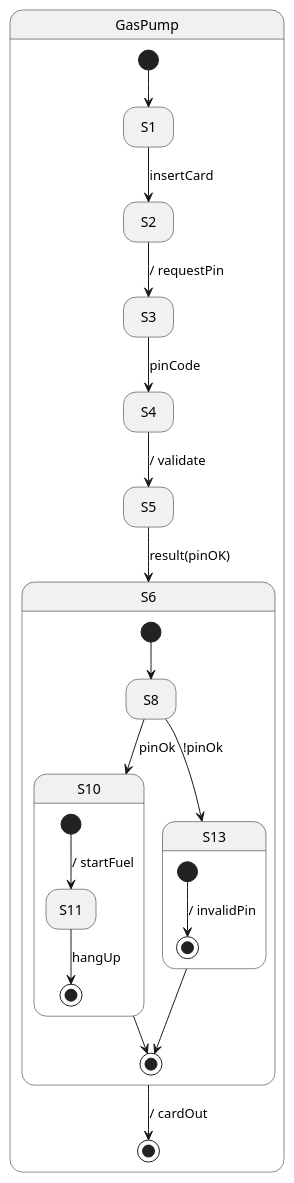
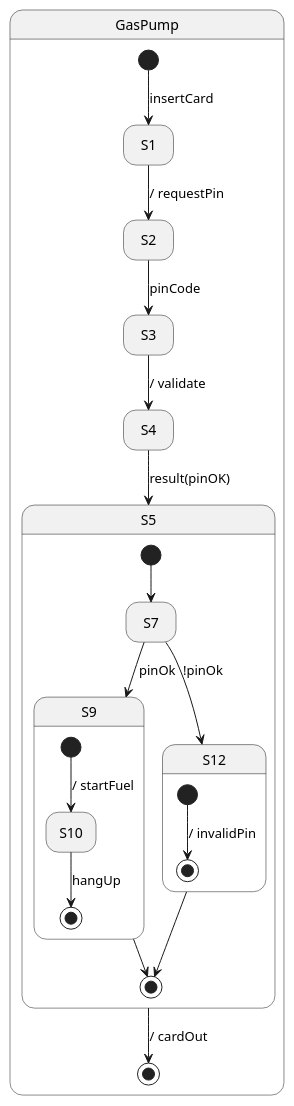
Before and after one commit to lkdev97/swtp_impl: the diagram in swtp2/test.plantuml, drawn with PlantUML. The commit also changed 1 other file, not shown here.

```diff
--- a/swtp2/test.plantuml
+++ b/swtp2/test.plantuml
@@ -1,26 +1,25 @@
 @startuml
 hide empty description
 state GasPump {
-[*] --> S1
-S1 --> S2: insertCard
-S2 --> S3: / requestPin
-S3 --> S4: pinCode
-S4 --> S5: / validate
-S5 --> S6: result(pinOK)
-state S6 {
-[*] --> S8
-S8 --> S10: pinOk
-state S10 {
-[*] --> S11: / startFuel
-S11 --> [*]: hangUp
+[*] --> S1: insertCard
+S1 --> S2: / requestPin
+S2 --> S3: pinCode
+S3 --> S4: / validate
+S4 --> S5: result(pinOK)
+state S5 {
+[*] --> S7
+S7 --> S9: pinOk
+state S9 {
+[*] --> S10: / startFuel
+S10 --> [*]: hangUp
 }
-S10 --> [*]
-S8 --> S13: !pinOk
-state S13 {
+S9 --> [*]
+S7 --> S12: !pinOk
+state S12 {
 [*] --> [*]: / invalidPin
 }
-S13 --> [*]
+S12 --> [*]
 }
-S6 --> [*]: / cardOut
+S5 --> [*]: / cardOut
 }
 @enduml
```
